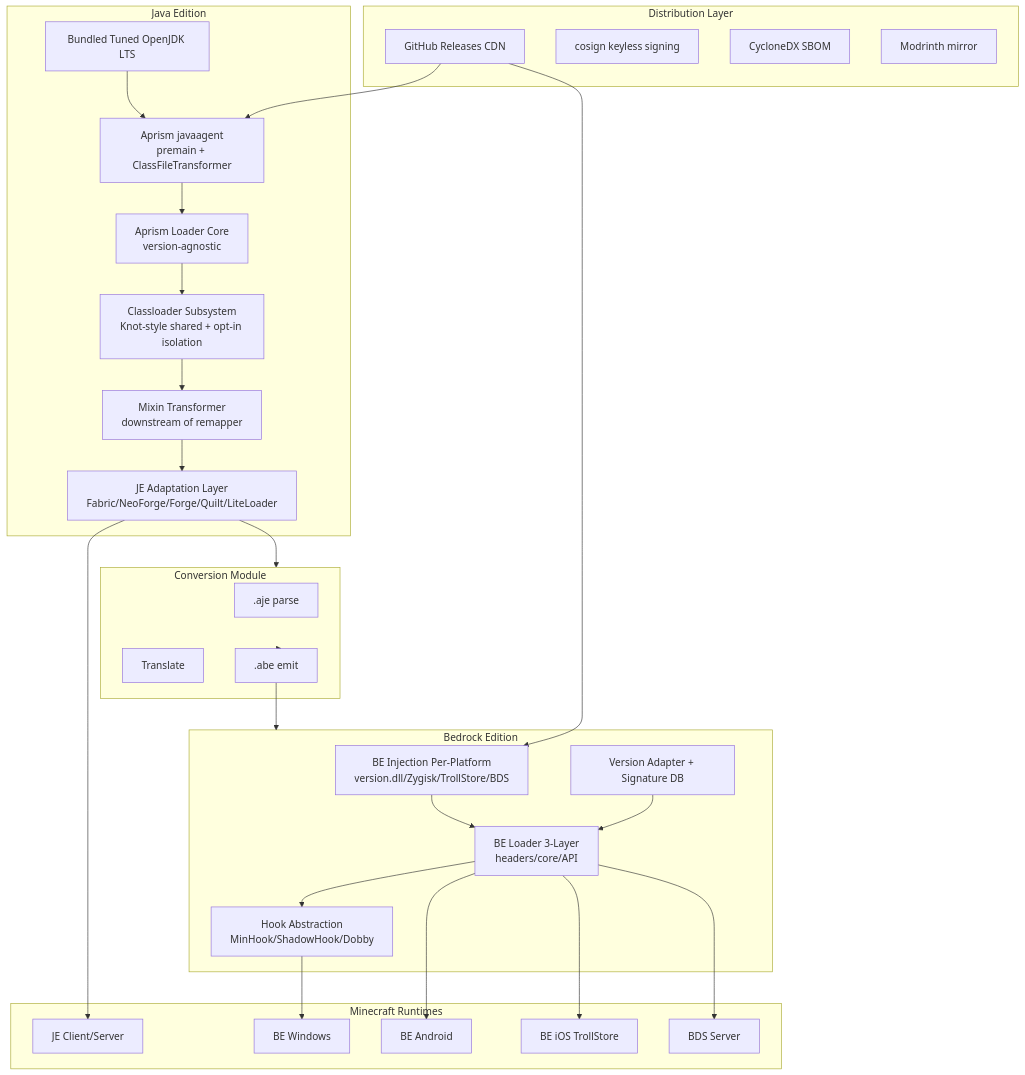
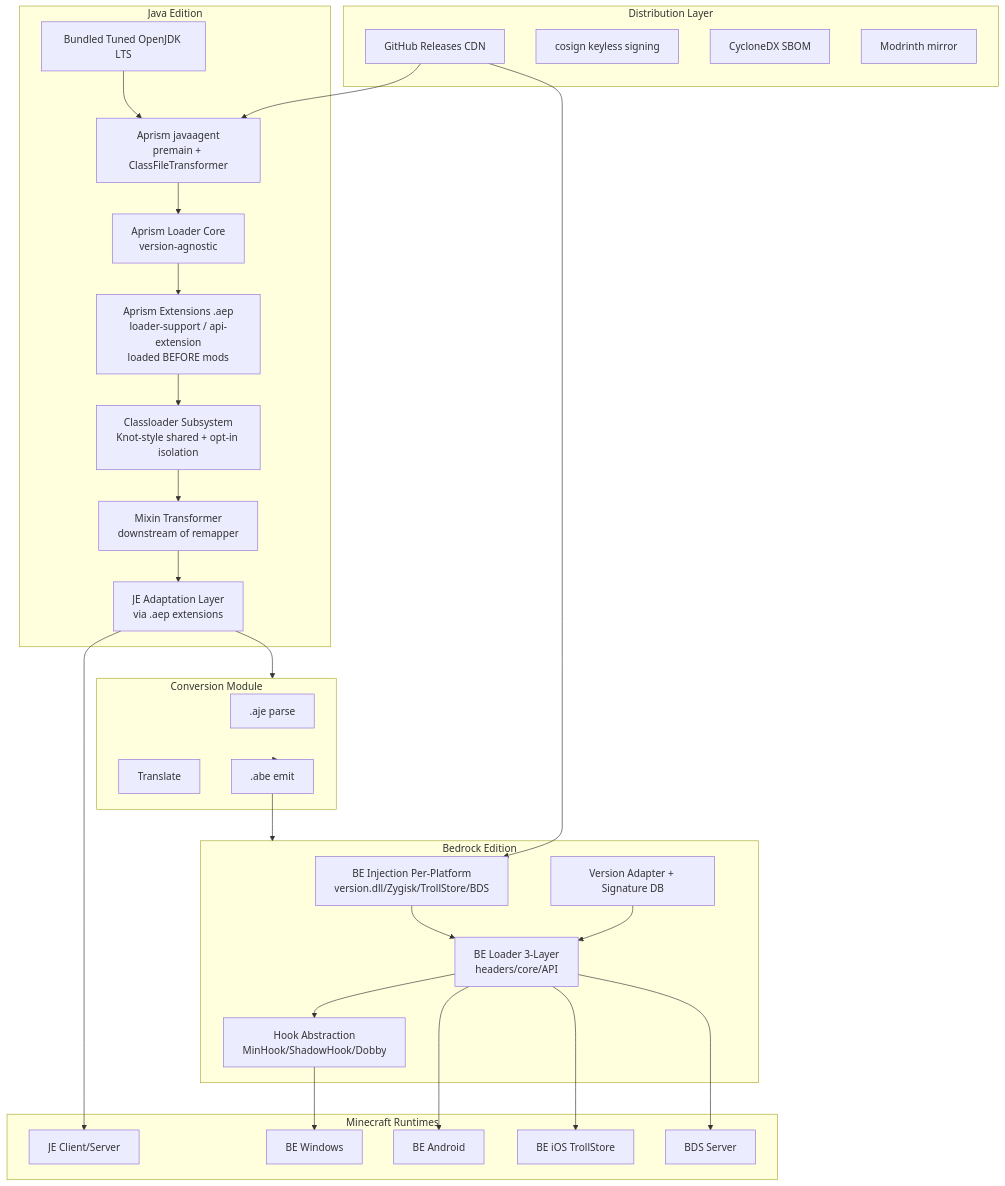
One commit to AprismLab/Aprism changed the first of 4 diagrams in docs/en/01-architecture-design.md. Above: the diagram before and after it, drawn with Mermaid. The commit also changed other lines of this file and 17 other files, not shown here.

First line of the commit message:
feat(docs): introduce Aprism Extensions (.aep), per-loader mod folders, and superset principle

````diff
--- a/docs/en/01-architecture-design.md
+++ b/docs/en/01-architecture-design.md
@@ -37,49 +37,50 @@
 ```mermaid
 flowchart TB
     subgraph Distribution["Distribution Layer"]
         GH[GitHub Releases CDN]
         COSIGN[cosign keyless signing]
         SBOM[CycloneDX SBOM]
         MR[Modrinth mirror]
     end
 
     subgraph JE["Java Edition"]
         JDK[Bundled Tuned OpenJDK LTS]
         AGENT[Aprism javaagent<br/>premain + ClassFileTransformer]
         CORE[Aprism Loader Core<br/>version-agnostic]
-        ADAPT[JE Adaptation Layer<br/>Fabric/NeoForge/Forge/Quilt/LiteLoader]
+        EXT[Aprism Extensions .aep<br/>loader-support / api-extension<br/>loaded BEFORE mods]
+        ADAPT[JE Adaptation Layer<br/>via .aep extensions]
         MIXIN[Mixin Transformer<br/>downstream of remapper]
         CL[Classloader Subsystem<br/>Knot-style shared + opt-in isolation]
     end
 
     subgraph BE["Bedrock Edition"]
         INJ[BE Injection Per-Platform<br/>version.dll/Zygisk/TrollStore/BDS]
         LDR[BE Loader 3-Layer<br/>headers/core/API]
         SIG[Version Adapter + Signature DB]
         HOOK[Hook Abstraction<br/>MinHook/ShadowHook/Dobby]
     end
 
     subgraph CONV["Conversion Module"]
         AJE[.aje parse]
         XLATE[Translate]
         ABE[.abe emit]
     end
 
     subgraph MC["Minecraft Runtimes"]
         JEMC[JE Client/Server]
         BEWIN[BE Windows]
         BEDROID[BE Android]
         BEIOS[BE iOS TrollStore]
         BDS[BDS Server]
     end
 
     GH --> AGENT
     GH --> INJ
-    JDK --> AGENT --> CORE --> CL --> MIXIN --> ADAPT --> JEMC
+    JDK --> AGENT --> CORE --> EXT --> CL --> MIXIN --> ADAPT --> JEMC
     ADAPT --> CONV --> ABE --> BE
     INJ --> LDR --> HOOK --> BEWIN
     LDR --> BEDROID
     LDR --> BEIOS
     LDR --> BDS
     SIG --> LDR
 ```
````
